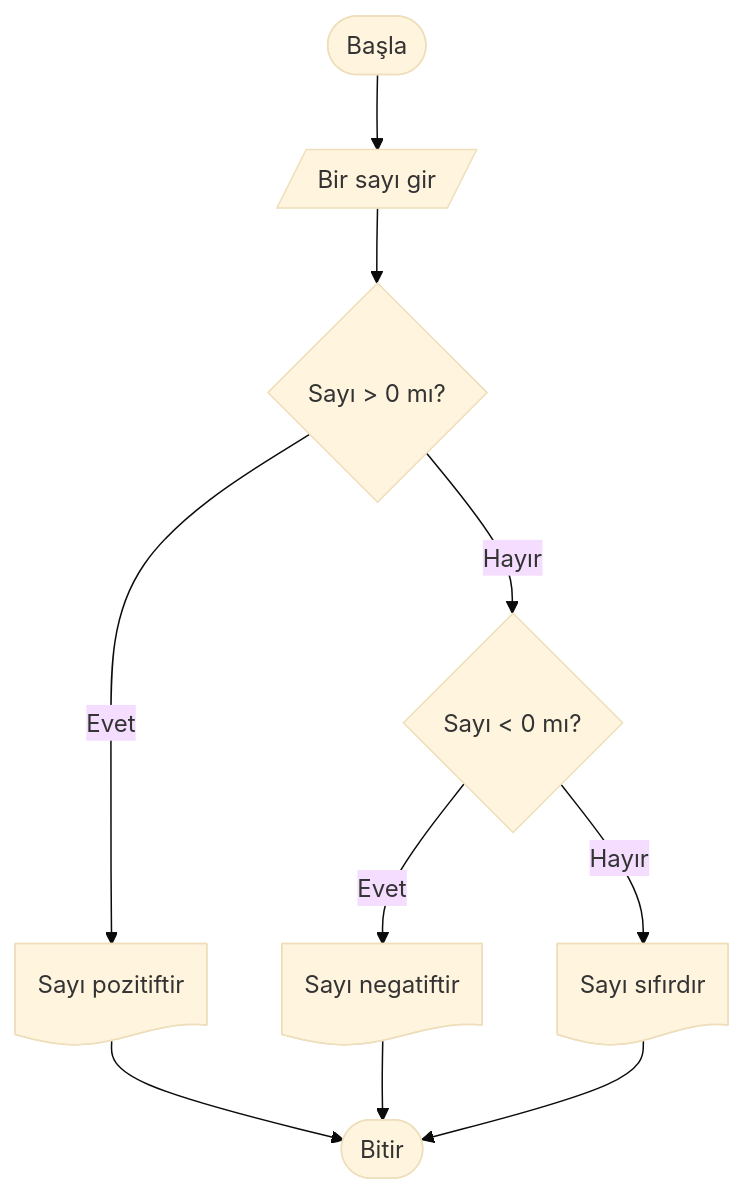
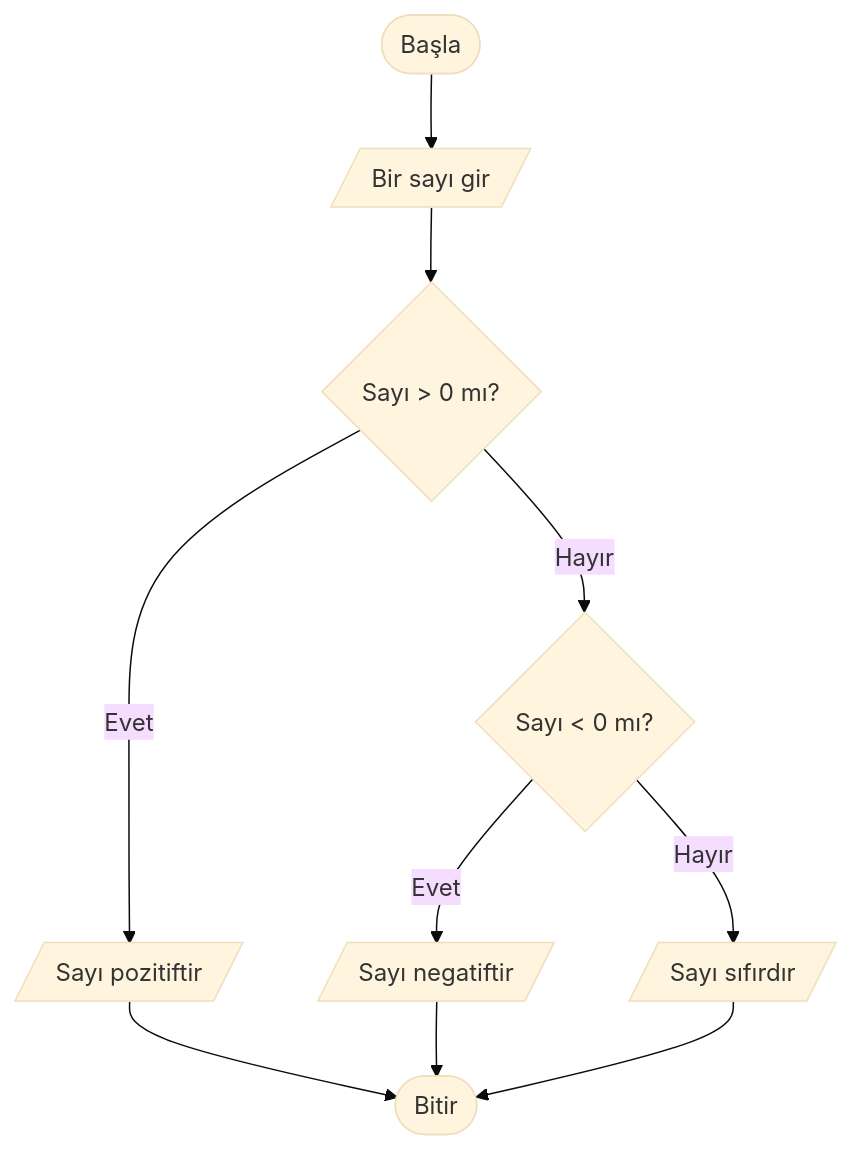
The sixth of 10 diagrams in Hafta_04_Akis_Diyagramlari_1.md (ibrahimayaz/Algoritma-ve-Programlamaya-Giris), drawn with Mermaid (base theme) before and after one commit. The commit also changed other lines of this file, not shown here.

````diff
--- a/Hafta_04_Akis_Diyagramlari_1.md
+++ b/Hafta_04_Akis_Diyagramlari_1.md
@@ -156,12 +156,12 @@
 ```mermaid
 graph TD
     A([Başla]) --> B[/Bir sayı gir/]
     B --> C{Sayı > 0 mı?}
-    C -- Evet --> D@{ shape: doc, label: "Sayı pozitiftir" }
+    C -- Evet --> D[/Sayı pozitiftir/]
     C -- Hayır --> E{Sayı < 0 mı?}
-    E -- Evet --> F@{ shape: doc, label: "Sayı negatiftir" }
-    E -- Hayır --> G@{ shape: doc, label: "Sayı sıfırdır" }
+    E -- Evet --> F[/Sayı negatiftir/]
+    E -- Hayır --> G[/Sayı sıfırdır/]
     D --> H([Bitir])
     F --> H
     G --> H
 ```
````
